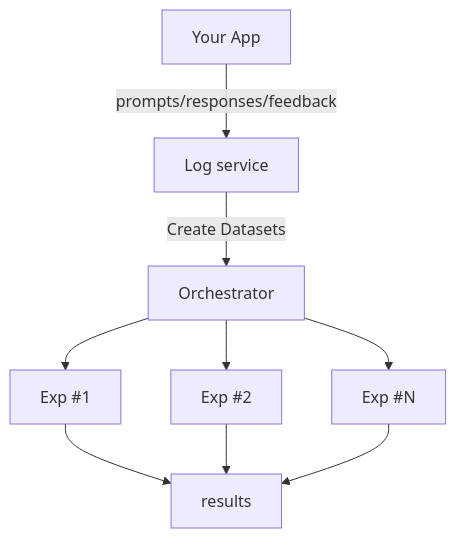
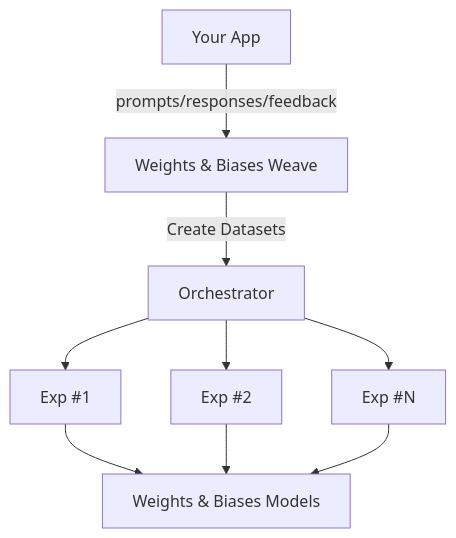
One commit to wandb/data-flywheel-nvidia changed the first of 2 diagrams in README.md. Above: the diagram before and after it, drawn with Mermaid. The commit also changed other lines of this file and 5 other files, not shown here.

````diff
--- a/README.md
+++ b/README.md
@@ -42,11 +69,11 @@
 ```mermaid
 flowchart TD
-  app[Your App] --prompts/responses/feedback--> logs[Log service]
+  app[Your App] --prompts/responses/feedback--> logs[Weights & Biases Weave]
   logs --Create Datasets--> orch["Orchestrator"]
   orch --> exp1["Exp #1"]
   orch --> exp2["Exp #2"]
   orch --> expN["Exp #N"]
-  exp1 --> results
+  exp1 --> results[Weights & Biases Models]
   exp2 --> results
   expN --> results
 ```
````
